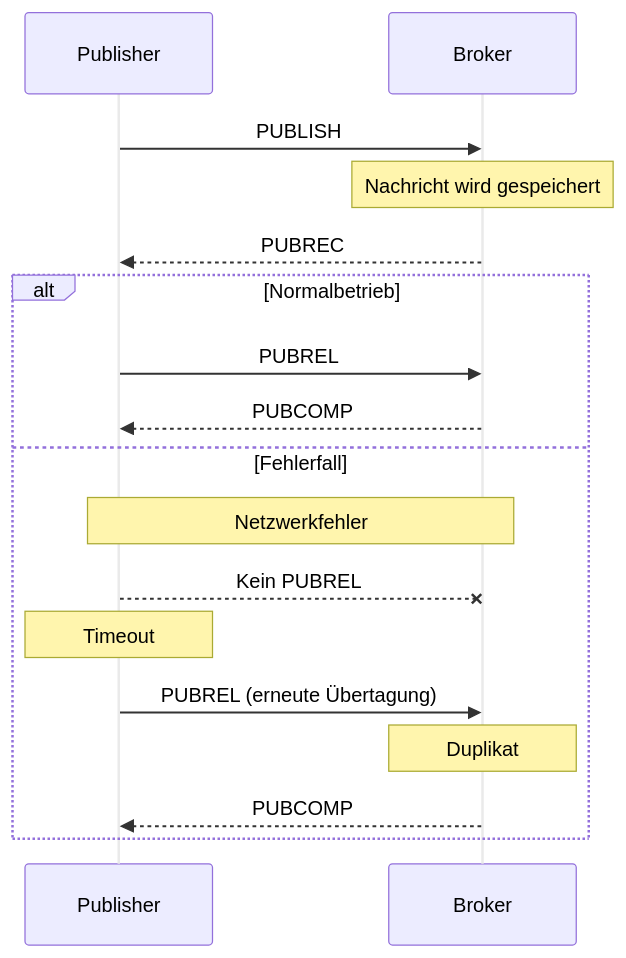
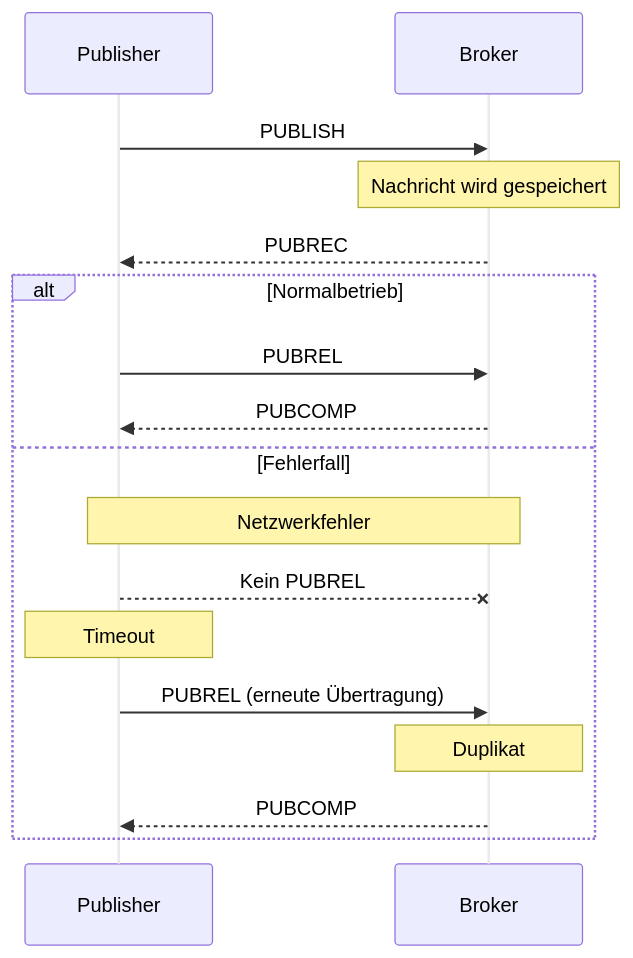
The diagram in mermaid/mqtt_qos_2.mmd (JadKHaddad/MT), drawn with Mermaid before and after one commit. The commit also changed 21 other files, not shown here.

```diff
--- a/mermaid/mqtt_qos_2.mmd
+++ b/mermaid/mqtt_qos_2.mmd
@@ -1,20 +1,20 @@
 %%{init: { 'themeVariables': { 'actorLineColor': '#EAEAEA', 'signalTextColor': '#000000' } } }%%
 sequenceDiagram
     participant Client as Publisher
     participant Broker as Broker
 
     Client->>Broker: PUBLISH
     Note over Broker: Nachricht wird gespeichert
     Broker-->>Client: PUBREC
     
     alt Normalbetrieb
         Client->>Broker: PUBREL
         Broker-->>Client: PUBCOMP
     else Fehlerfall
         Note over Client,Broker: Netzwerkfehler
         Client--xBroker: Kein PUBREL
         Note over Client: Timeout
-        Client->>Broker: PUBREL (erneute Übertagung)
+        Client->>Broker: PUBREL (erneute Übertragung)
         Note over Broker: Duplikat
         Broker-->>Client: PUBCOMP
     end
```
